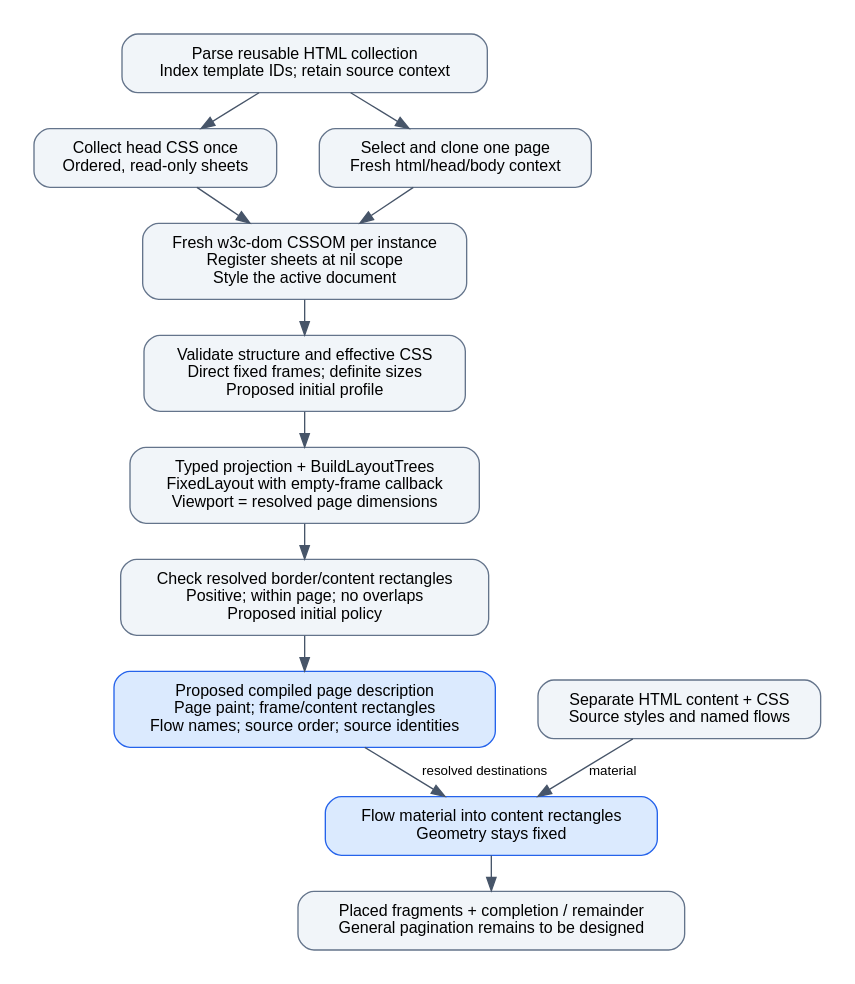
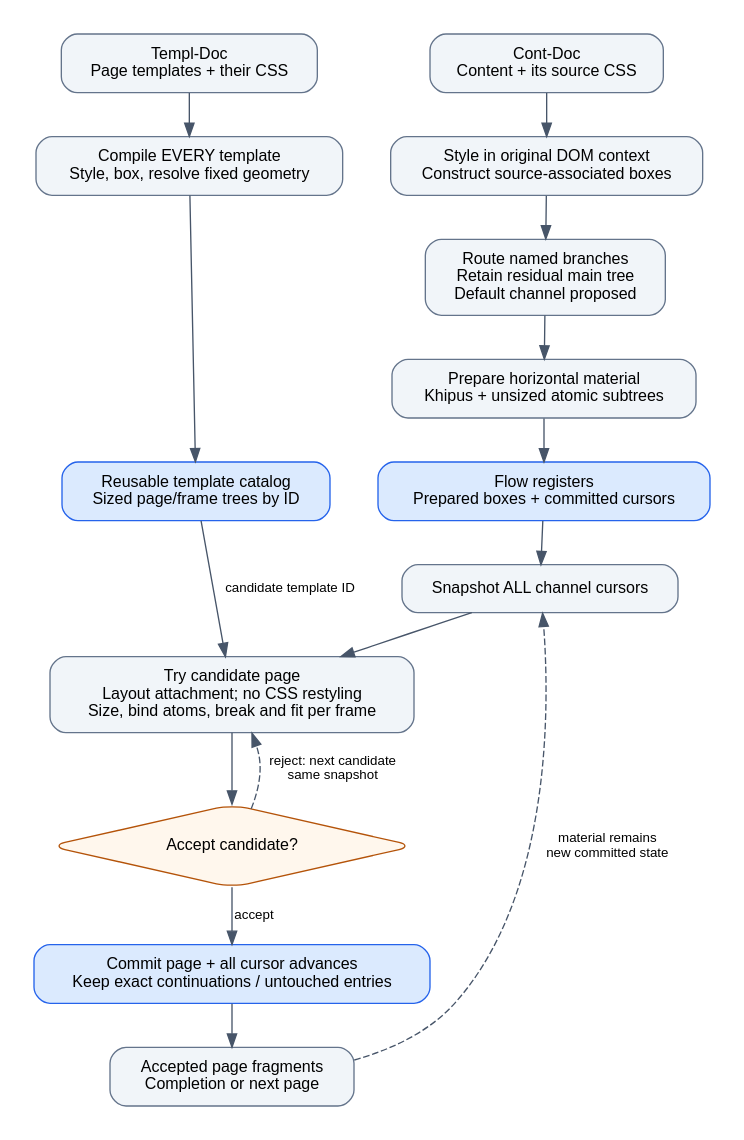
The diagram in doc/diagrams/design-pipeline.dot (npillmayer/pagelayout), drawn with Graphviz before and after one commit. The commit also changed 14 other files, not shown here.

```diff
--- a/doc/diagrams/design-pipeline.dot
+++ b/doc/diagrams/design-pipeline.dot
@@ -1,29 +1,36 @@
 digraph Pipeline {
-  graph [rankdir=TB, bgcolor="white", pad=0.25, nodesep=0.45, ranksep=0.35,
+  graph [rankdir=TB, bgcolor="white", pad=0.25, nodesep=0.5, ranksep=0.45,
          fontname="Helvetica", fontsize=12];
   node [shape=box, style="rounded,filled", fillcolor="#f1f5f9", color="#64748b",
         fontname="Helvetica", fontsize=12, margin="0.18,0.12"];
   edge [color="#475569", fontname="Helvetica", fontsize=10];
 
-  collection [label="Parse reusable HTML collection\nIndex template IDs; retain source context"];
-  sheets [label="Collect head CSS once\nOrdered, read-only sheets"];
-  instantiate [label="Select and clone one page\nFresh html/head/body context"];
-  style [label="Fresh w3c-dom CSSOM per instance\nRegister sheets at nil scope\nStyle the active document"];
-  validate [label="Validate structure and effective CSS\nDirect fixed frames; definite sizes\nProposed initial profile"];
-  fixed [label="Typed projection + BuildLayoutTrees\nFixedLayout with empty-frame callback\nViewport = resolved page dimensions"];
-  check [label="Check resolved border/content rectangles\nPositive; within page; no overlaps\nProposed initial policy"];
-  compiled [label="Proposed compiled page description\nPage paint; frame/content rectangles\nFlow names; source order; source identities",
-            fillcolor="#dbeafe", color="#2563eb"];
-  content [label="Separate HTML content + CSS\nSource styles and named flows"];
-  flow [label="Flow material into content rectangles\nGeometry stays fixed",
-        fillcolor="#dbeafe", color="#2563eb"];
-  result [label="Placed fragments + completion / remainder\nGeneral pagination remains to be designed"];
+  templates [label="Templ-Doc\nPage templates + their CSS"];
+  content [label="Cont-Doc\nContent + its source CSS"];
+  compile [label="Compile EVERY template\nStyle, box, resolve fixed geometry"];
+  boxes [label="Style in original DOM context\nConstruct source-associated boxes"];
+  route [label="Route named branches\nRetain residual main tree\nDefault channel proposed"];
+  prepare [label="Prepare horizontal material\nKhipus + unsized atomic subtrees"];
+  catalog [label="Reusable template catalog\nSized page/frame trees by ID",
+           fillcolor="#dbeafe", color="#2563eb"];
+  registers [label="Flow registers\nPrepared boxes + committed cursors",
+             fillcolor="#dbeafe", color="#2563eb"];
+  snapshot [label="Snapshot ALL channel cursors"];
+  trial [label="Try candidate page\nLayout attachment; no CSS restyling\nSize, bind atoms, break and fit per frame"];
+  select [shape=diamond, label="Accept candidate?", fillcolor="#fff7ed", color="#b45309"];
+  commit [label="Commit page + all cursor advances\nKeep exact continuations / untouched entries",
+          fillcolor="#dbeafe", color="#2563eb"];
+  pages [label="Accepted page fragments\nCompletion or next page"];
 
-  collection -> instantiate -> style -> validate -> fixed -> check -> compiled;
-  collection -> sheets -> style;
-  { rank=same; instantiate; sheets; }
-  compiled -> flow [label="resolved destinations"];
-  content -> flow [label="material"];
-  flow -> result;
-  { rank=same; compiled; content; }
+  { rank=same; templates; content; }
+  { rank=same; compile; boxes; }
+  { rank=same; catalog; registers; }
+  templates -> compile -> catalog;
+  content -> boxes -> route -> prepare -> registers -> snapshot;
+  catalog -> trial [label="candidate template ID"];
+  snapshot -> trial -> select;
+  select -> trial [label="reject: next candidate\nsame snapshot", style=dashed, constraint=false];
+  select -> commit [label="accept"];
+  commit -> pages;
+  pages -> snapshot [label="material remains\nnew committed state", style=dashed, constraint=false];
 }
```
